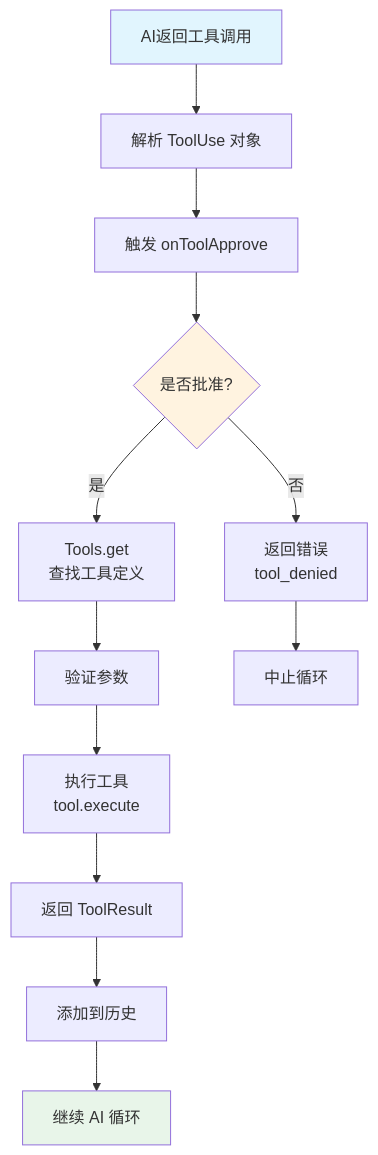
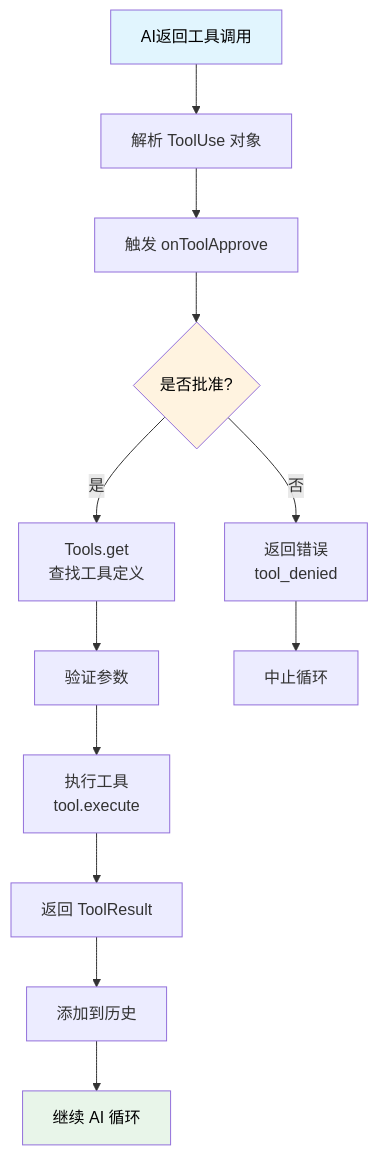
The ninth of 10 diagrams in docs/arch.md (cloudyan/neovate-code), drawn with Mermaid before and after one commit. The commit also changed other lines of this file and 2 other files, not shown here.

````diff
--- a/docs/arch.md
+++ b/docs/arch.md
@@ -658,21 +658,21 @@
 ```mermaid
 graph TD
     A[AI返回工具调用] --> B[解析 ToolUse 对象]
     B --> C[触发 onToolApprove]
     C --> D{是否批准?}
 
     D -->|是| E1[Tools.get<br/>查找工具定义]
     D -->|否| E2[返回错误<br/>tool_denied]
 
     E1 --> F[验证参数]
     F --> G[执行工具<br/>tool.execute]
     G --> H[返回 ToolResult]
     H --> I[添加到历史]
 
     E2 --> J[中止循环]
     I --> K[继续 AI 循环]
 
-    style A fill:#e1f5fe
-    style D fill:#fff3e0
-    style K fill:#e8f5e9
+    style A fill:#e1f5fe,color:#000
+    style D fill:#fff3e0,color:#000
+    style K fill:#e8f5e9,color:#000
 ```
````
